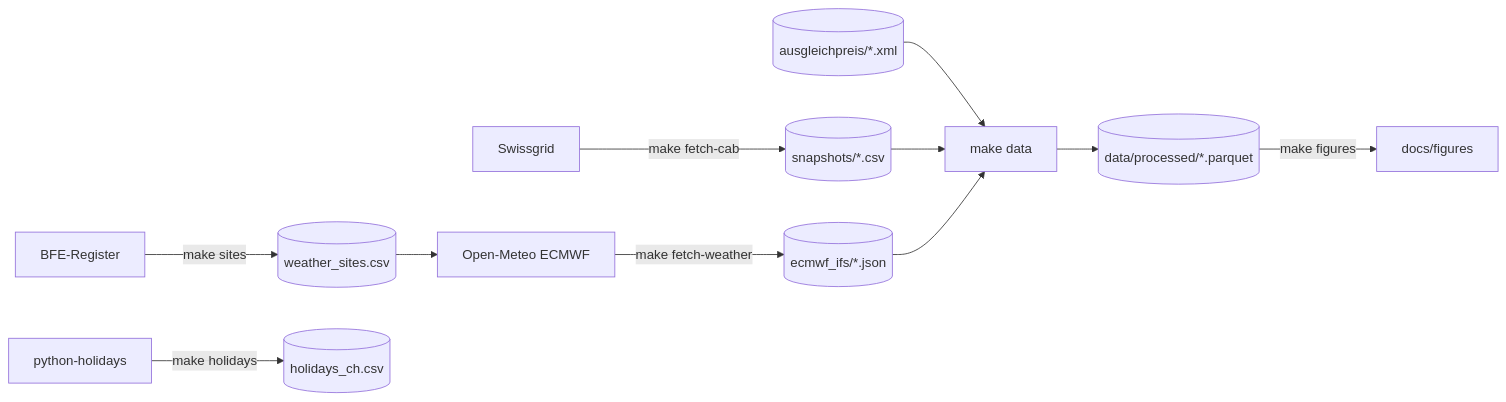
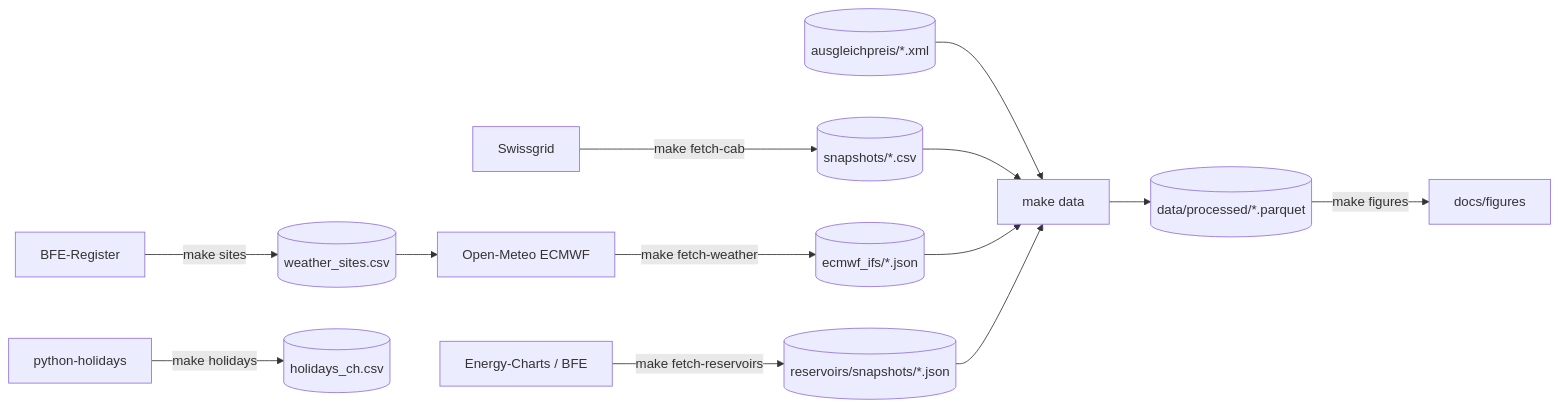
One commit to ibidreli/energy_price_prediction changed the second of 2 diagrams in docs/data.md. Above: the diagram before and after it, drawn with Mermaid. The commit also changed other lines of this file and 2 other files, not shown here.

````diff
--- a/docs/data.md
+++ b/docs/data.md
@@ -275,13 +396,15 @@
 ```mermaid
 flowchart LR
     SG[Swissgrid] -->|make fetch-cab| CAB[(snapshots/*.csv)]
     OM[Open-Meteo ECMWF] -->|make fetch-weather| WX[(ecmwf_ifs/*.json)]
+    EC[Energy-Charts / BFE] -->|make fetch-reservoirs| RES[(reservoirs/snapshots/*.json)]
     BFE[BFE-Register] -->|make sites| SITES[(weather_sites.csv)]
     SITES --> OM
     PY[python-holidays] -->|make holidays| HOL[(holidays_ch.csv)]
     AEP[(ausgleichpreis/*.xml)] --> DATA
     CAB --> DATA[make data]
     WX --> DATA
+    RES --> DATA
     DATA --> PQ[(data/processed/*.parquet)]
     PQ -->|make figures| FIG[docs/figures]
 ```
````
